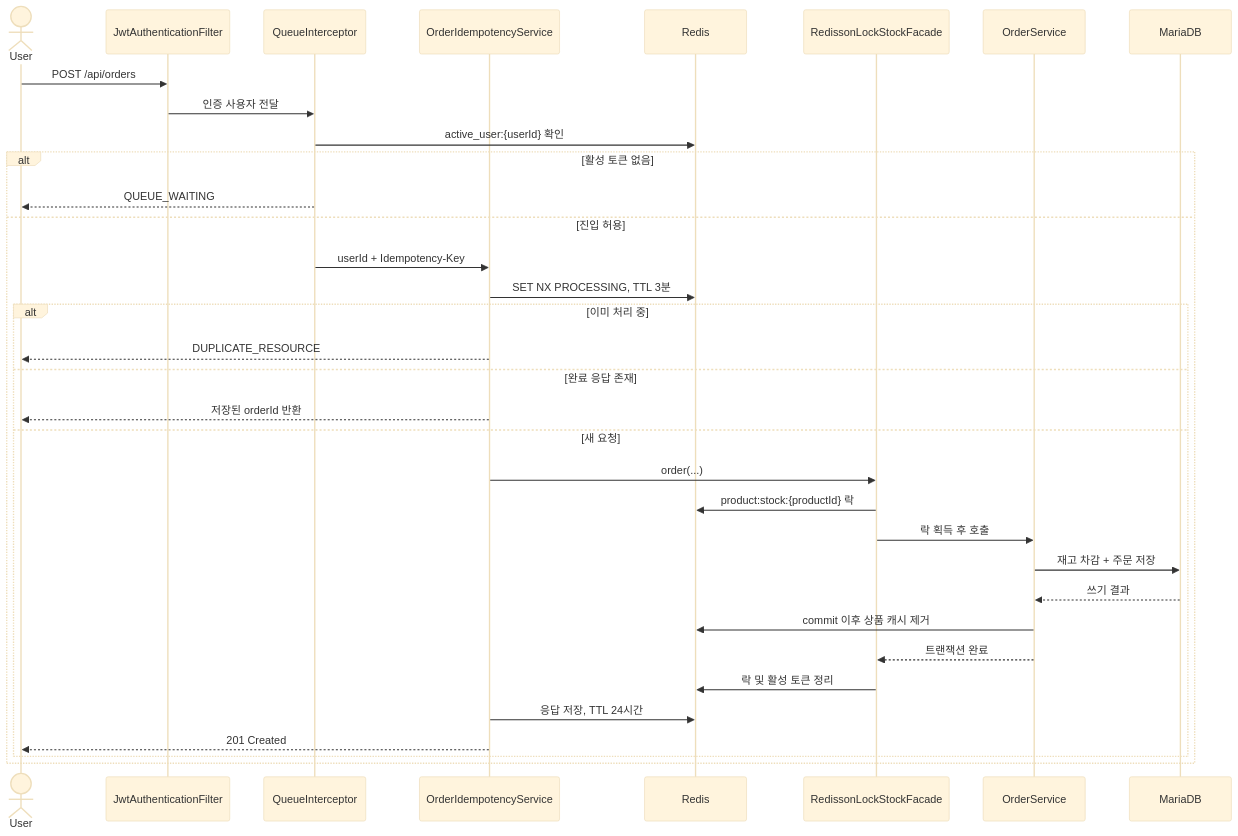
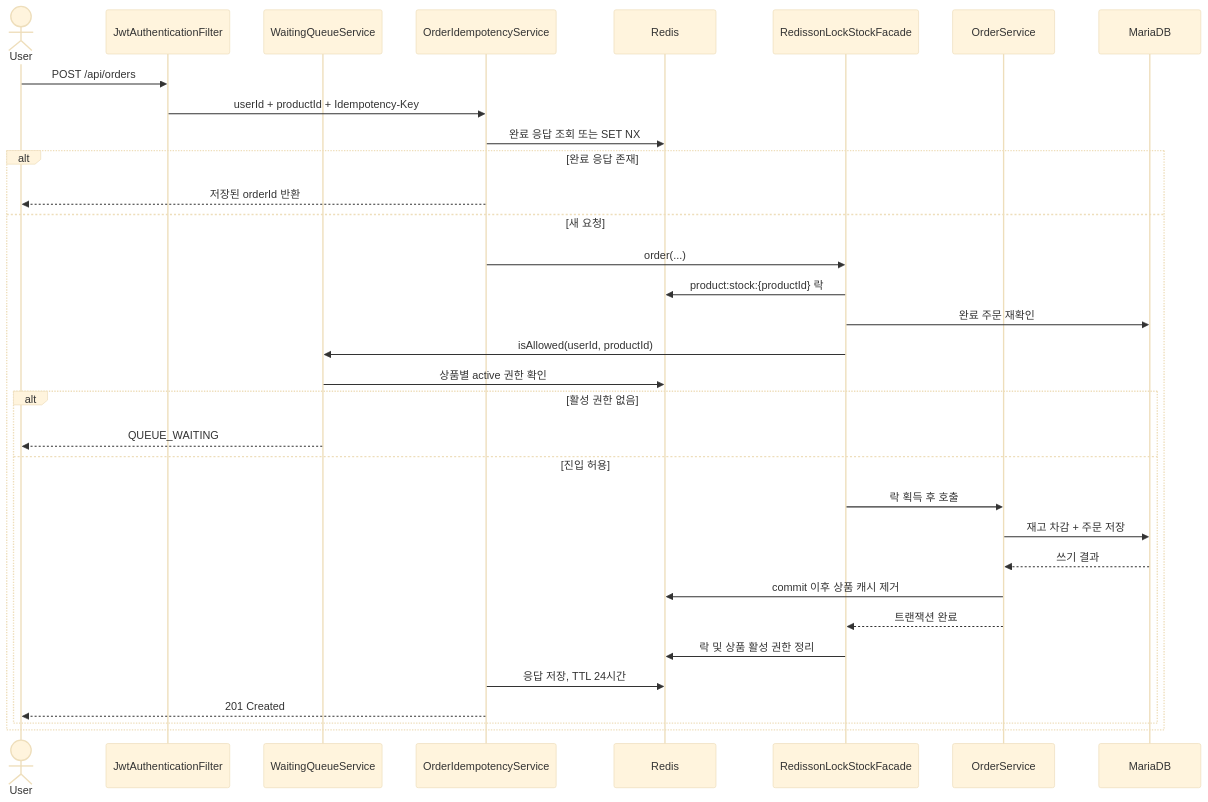
The diagram in docs/architecture.md (juhwanz/eshop-refac), drawn with Mermaid (base theme) before and after one commit. The commit also changed other lines of this file and 32 other files, not shown here.

Commit message:
feat: add product-scoped admission queue

````diff
--- a/docs/architecture.md
+++ b/docs/architecture.md
@@ -18,37 +18,36 @@
 ```mermaid
 sequenceDiagram
     actor User
     participant Security as JwtAuthenticationFilter
-    participant Queue as QueueInterceptor
+    participant Queue as WaitingQueueService
     participant Idempotency as OrderIdempotencyService
     participant Redis
     participant Facade as RedissonLockStockFacade
     participant Service as OrderService
     participant DB as MariaDB
 
     User->>Security: POST /api/orders
-    Security->>Queue: 인증 사용자 전달
-    Queue->>Redis: active_user:{userId} 확인
-    alt 활성 토큰 없음
-        Queue-->>User: QUEUE_WAITING
-    else 진입 허용
-        Queue->>Idempotency: userId + Idempotency-Key
-        Idempotency->>Redis: SET NX PROCESSING, TTL 3분
-        alt 이미 처리 중
-            Idempotency-->>User: DUPLICATE_RESOURCE
-        else 완료 응답 존재
-            Idempotency-->>User: 저장된 orderId 반환
-        else 새 요청
-            Idempotency->>Facade: order(...)
-            Facade->>Redis: product:stock:{productId} 락
+    Security->>Idempotency: userId + productId + Idempotency-Key
+    Idempotency->>Redis: 완료 응답 조회 또는 SET NX
+    alt 완료 응답 존재
+        Idempotency-->>User: 저장된 orderId 반환
+    else 새 요청
+        Idempotency->>Facade: order(...)
+        Facade->>Redis: product:stock:{productId} 락
+        Facade->>DB: 완료 주문 재확인
+        Facade->>Queue: isAllowed(userId, productId)
+        Queue->>Redis: 상품별 active 권한 확인
+        alt 활성 권한 없음
+            Queue-->>User: QUEUE_WAITING
+        else 진입 허용
             Facade->>Service: 락 획득 후 호출
             Service->>DB: 재고 차감 + 주문 저장
             DB-->>Service: 쓰기 결과
             Service->>Redis: commit 이후 상품 캐시 제거
             Service-->>Facade: 트랜잭션 완료
-            Facade->>Redis: 락 및 활성 토큰 정리
+            Facade->>Redis: 락 및 상품 활성 권한 정리
             Idempotency->>Redis: 응답 저장, TTL 24시간
             Idempotency-->>User: 201 Created
         end
     end
 ```
````
